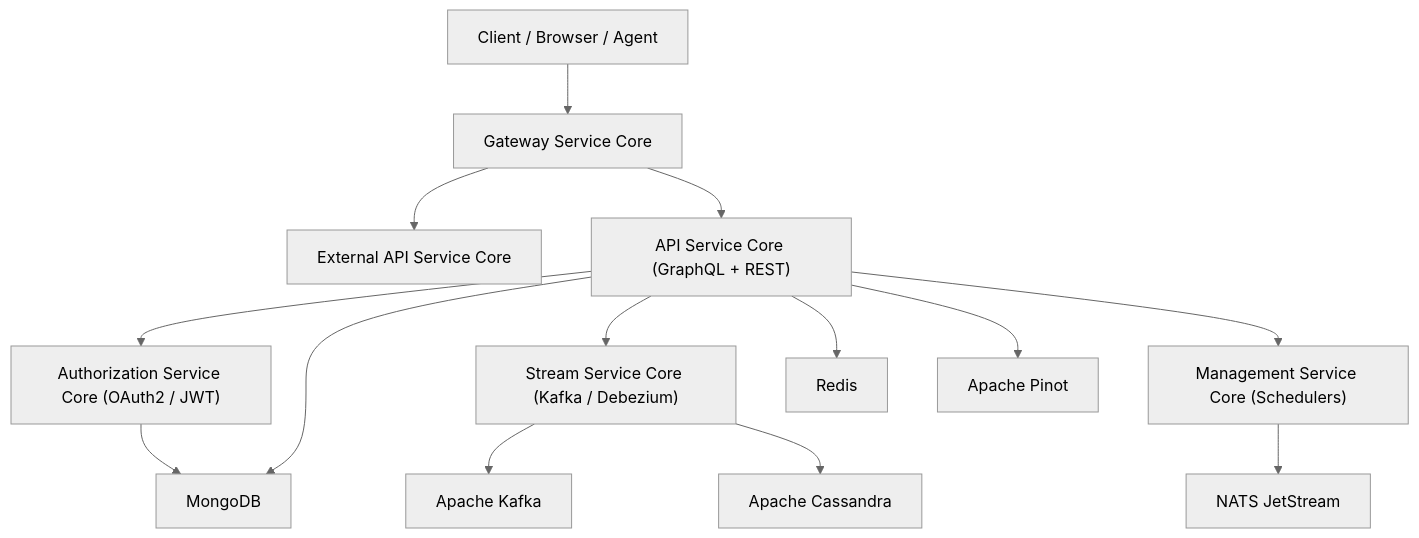
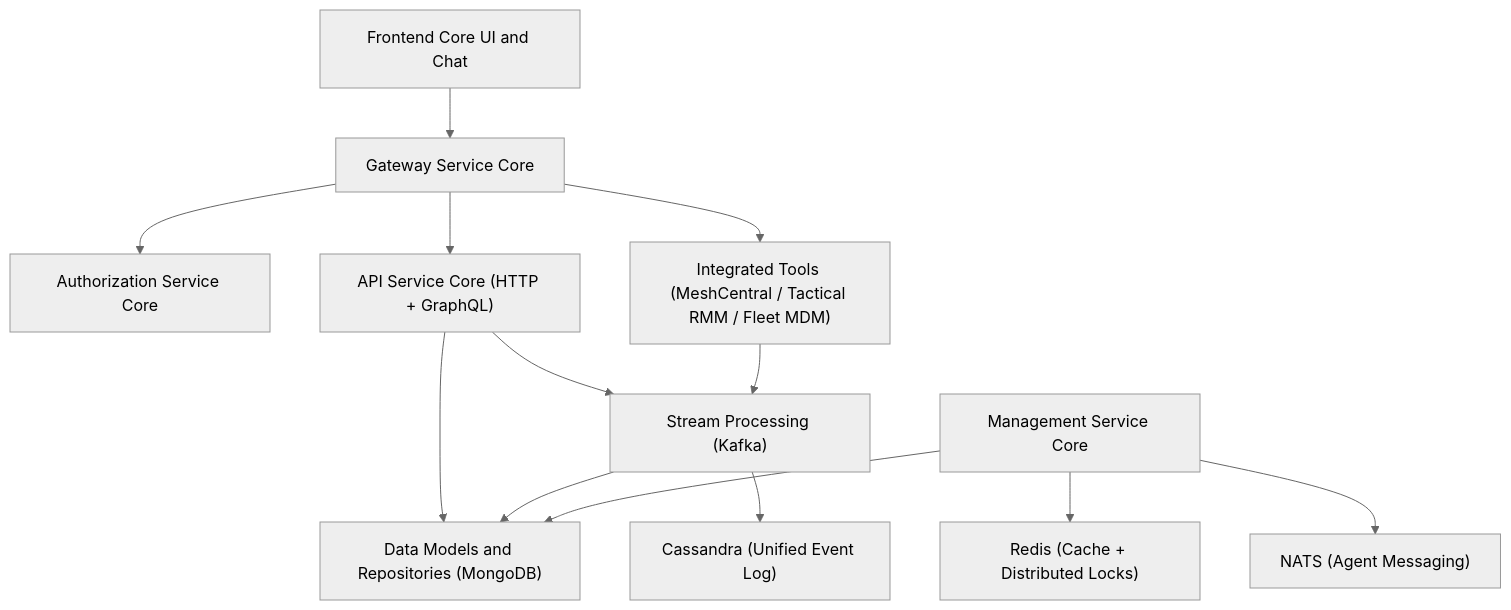
One commit to flamingo-stack/openframe-oss-lib changed the diagram in README.md. Above: the diagram before and after it, drawn with Mermaid (neutral theme). The commit also changed other lines of this file and 2 other files, not shown here.

````diff
--- a/README.md
+++ b/README.md
@@ -42,18 +51,27 @@
 ```mermaid
 flowchart TD
-    Client["Client / Browser / Agent"] --> Gateway["Gateway Service Core"]
-    Gateway --> ExternalAPI["External API Service Core"]
-    Gateway --> ApiCore["API Service Core (GraphQL + REST)"]
+    Frontend["Frontend Core UI and Chat"]
+    Gateway["Gateway Service Core"]
+    Auth["Authorization Service Core"]
+    API["API Service Core (HTTP + GraphQL)"]
+    Management["Management Service Core"]
+    Data["Data Models and Repositories (MongoDB)"]
+    Stream["Stream Processing (Kafka)"]
+    Cassandra["Cassandra (Unified Event Log)"]
+    Tools["Integrated Tools (MeshCentral / Tactical RMM / Fleet MDM)"]
+    Redis["Redis (Cache + Distributed Locks)"]
+    NATS["NATS (Agent Messaging)"]
 
-    ApiCore --> Authz["Authorization Service Core (OAuth2 / JWT)"]
-    ApiCore --> Stream["Stream Service Core (Kafka / Debezium)"]
-    ApiCore --> Management["Management Service Core (Schedulers)"]
-
-    Authz --> Mongo["MongoDB"]
-    ApiCore --> Mongo
-    ApiCore --> Redis["Redis"]
-    ApiCore --> Pinot["Apache Pinot"]
-    Stream --> Kafka["Apache Kafka"]
-    Stream --> Cassandra["Apache Cassandra"]
-    Management --> NATS["NATS JetStream"]
+    Frontend --> Gateway
+    Gateway --> Auth
+    Gateway --> API
+    Gateway --> Tools
+    API --> Data
+    API --> Stream
+    Stream --> Cassandra
+    Stream --> Data
+    Management --> Data
+    Management --> Redis
+    Management --> NATS
+    Tools --> Stream
 ```
````
